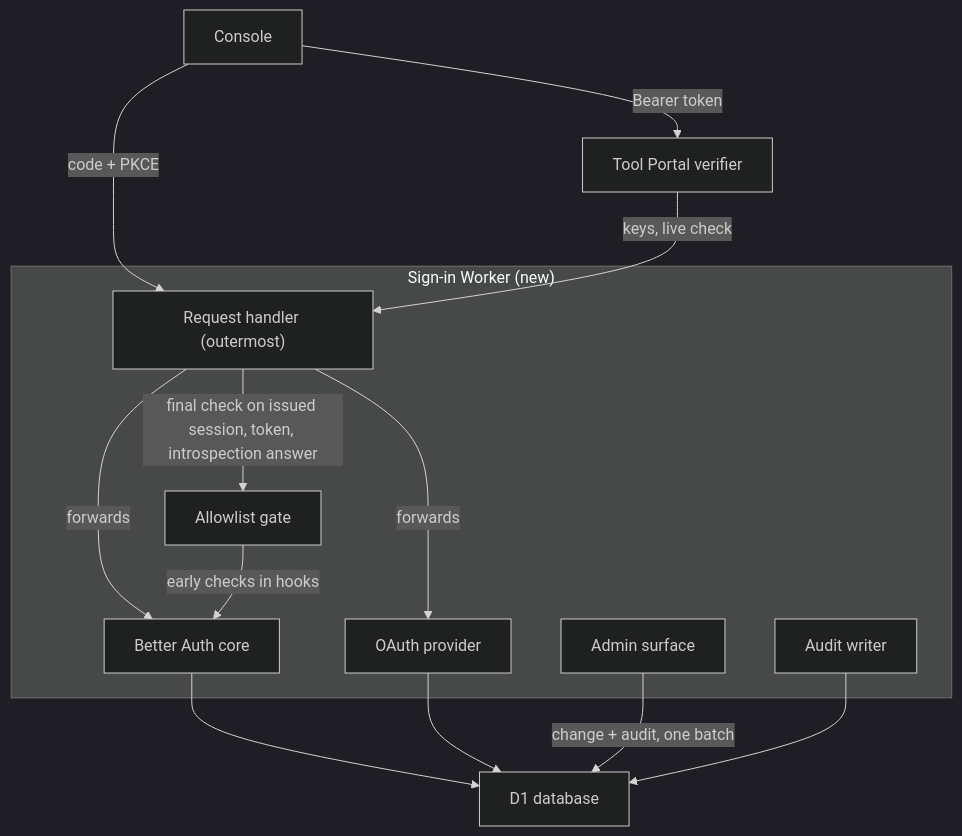
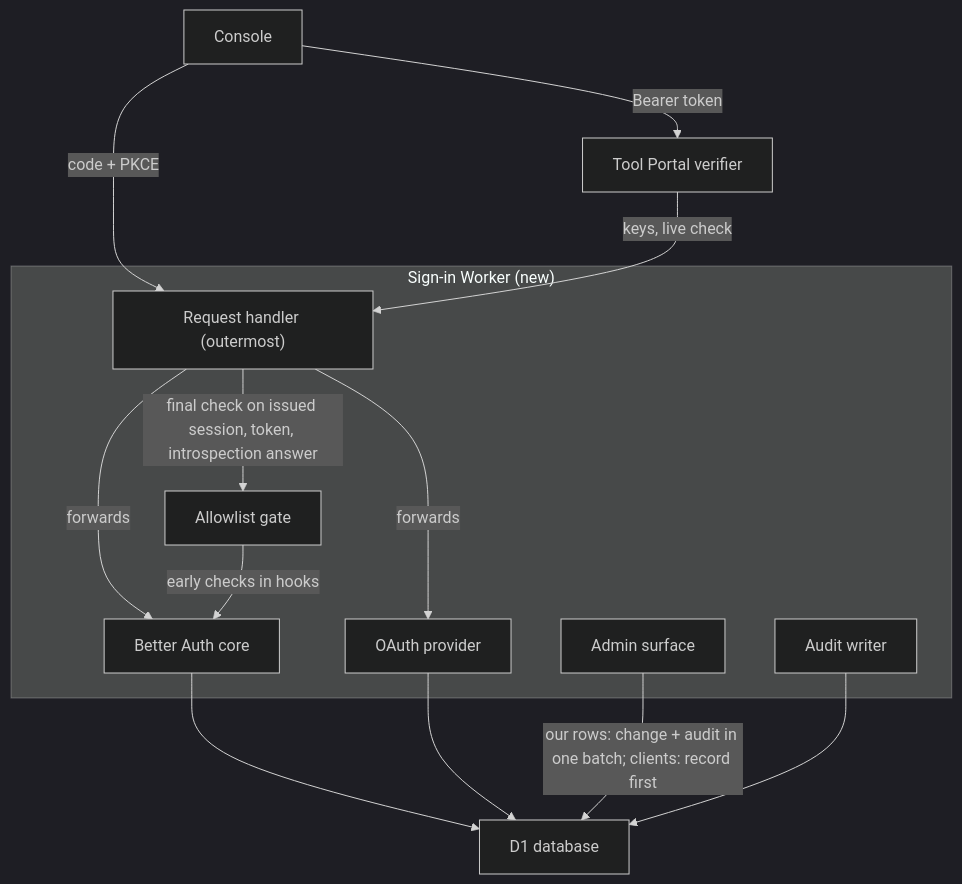
Before and after one commit to ShravanSunder/agent-vm: the first of 3 diagrams in docs/specs/2026-10-20-people-sign-in/program-design.md, drawn with Mermaid (dark theme). The commit also changed other lines of this file and 4 other files, not shown here.

Commit message:
Sign-in: client changes are record-first (Decision A); align Program and Verification Design and the build plan

````diff
--- a/docs/specs/2026-10-20-people-sign-in/program-design.md
+++ b/docs/specs/2026-10-20-people-sign-in/program-design.md
@@ -37,25 +37,25 @@
 ```mermaid
 flowchart TB
   CON["Console"]
   TPV["Tool Portal verifier"]
   subgraph W["Sign-in Worker (new)"]
     RH["Request handler (outermost)"]
     AL["Allowlist gate"]
     BA["Better Auth core"]
     OP["OAuth provider"]
     AD["Admin surface"]
     AU["Audit writer"]
   end
   DB["D1 database"]
   CON -->|code + PKCE| RH
   CON -->|Bearer token| TPV
   TPV -->|keys, live check| RH
   RH -->|forwards| BA
   RH -->|forwards| OP
   RH -->|final check on issued session, token, introspection answer| AL
   AL -->|early checks in hooks| BA
   BA --> DB
   OP --> DB
-  AD -->|change + audit, one batch| DB
+  AD -->|our rows: change + audit in one batch; clients: record first| DB
   AU --> DB
 ```
````
